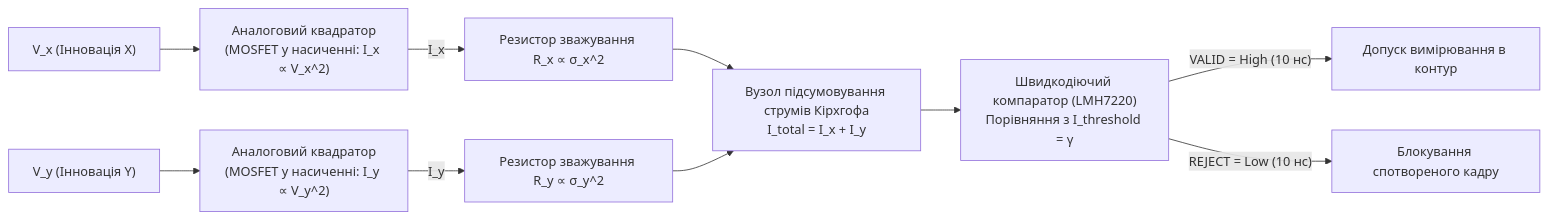
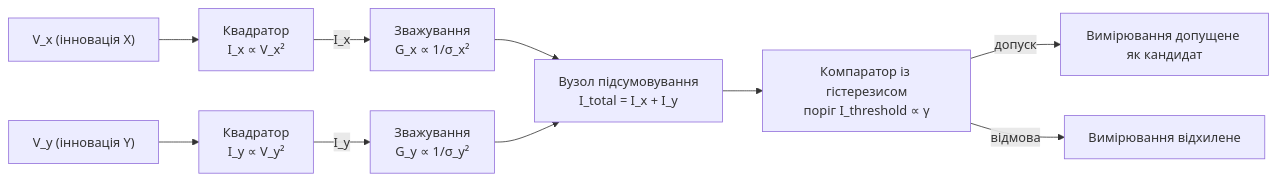
The fifth of 6 diagrams in ExpertSystem/appendix-d-analog-expert-systems-and-neuromorphic-computing.md (nick-fedchik/articles), drawn with Mermaid before and after one commit. The commit also changed other lines of this file, not shown here.

````diff
--- a/ExpertSystem/appendix-d-analog-expert-systems-and-neuromorphic-computing.md
+++ b/ExpertSystem/appendix-d-analog-expert-systems-and-neuromorphic-computing.md
@@ -448,17 +289,17 @@
 ```mermaid
 flowchart LR
-    accTitle: Схема аналогового обчислювача інноваційного шлюзу Махаланобіса
-    accDescr: Квадратори на польових транзисторах, резистивний зважувальний суматор та компаратор з гістерезисом.
+    accTitle: Схема аналогового шлюзу Махаланобіса
+    accDescr: Квадратори, зважене підсумовування струмів і компаратор із гістерезисом формують рішення про допуск вимірювання.
 
-    Vx["V_x (Інновація X)"] --> SQR1["Аналоговий квадратор<br/>(MOSFET у насиченні: I_x ∝ V_x^2)"]
-    Vy["V_y (Інновація Y)"] --> SQR2["Аналоговий квадратор<br/>(MOSFET у насиченні: I_y ∝ V_y^2)"]
+    Vx["V_x (інновація X)"] --> SQR1["Квадратор<br/>I_x ∝ V_x²"]
+    Vy["V_y (інновація Y)"] --> SQR2["Квадратор<br/>I_y ∝ V_y²"]
 
-    SQR1 -->|"I_x"| RES1["Резистор зважування R_x ∝ σ_x^2"]
-    SQR2 -->|"I_y"| RES2["Резистор зважування R_y ∝ σ_y^2"]
+    SQR1 -->|"I_x"| RES1["Зважування<br/>G_x ∝ 1/σ_x²"]
+    SQR2 -->|"I_y"| RES2["Зважування<br/>G_y ∝ 1/σ_y²"]
 
-    RES1 & RES2 --> SUM["Вузол підсумовування струмів Кірхгофа<br/>I_total = I_x + I_y"]
-    SUM --> COMP["Швидкодіючий компаратор (LMH7220)<br/>Порівняння з I_threshold = γ"]
+    RES1 & RES2 --> SUM["Вузол підсумовування<br/>I_total = I_x + I_y"]
+    SUM --> COMP["Компаратор із гістерезисом<br/>поріг I_threshold ∝ γ"]
 
-    COMP -->|"VALID = High (10 нс)"| PASS["Допуск вимірювання в контур"]
-    COMP -->|"REJECT = Low (10 нс)"| DROP["Блокування спотвореного кадру"]
+    COMP -->|"допуск"| PASS["Вимірювання допущене як кандидат"]
+    COMP -->|"відмова"| DROP["Вимірювання відхилене"]
 ```
````
